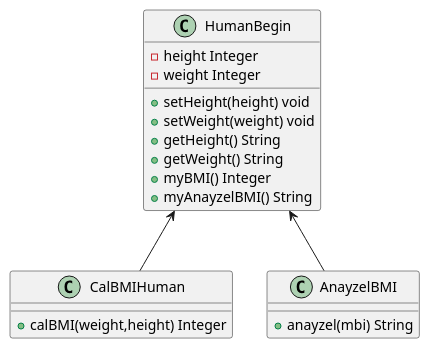
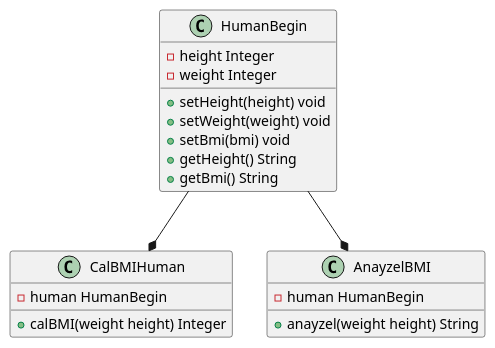
One commit to sekkarin/BMIPROGRAM changed the diagram in class.wsd. Above: the diagram before and after it, drawn with PlantUML. The commit also changed other lines of this file and 11 other files, not shown here.

```diff
--- a/class.wsd
+++ b/class.wsd
@@ -1,22 +1,22 @@
 @startuml
 class HumanBegin{
     -height Integer
     -weight Integer
     +setHeight(height) void
     +setWeight(weight) void
+    +setBmi(bmi) void
     +getHeight() String
-    +getWeight() String
-    +myBMI() Integer
-    +myAnayzelBMI() String
-
+    +getBmi() String
 }
 class CalBMIHuman  {
-    +calBMI(weight,height) Integer
+    -human HumanBegin
+    +calBMI(weight height) Integer
 }
 class AnayzelBMI  {
-    +anayzel(mbi) String
+    -human HumanBegin
+    +anayzel(weight height) String
 }
-HumanBegin <-- CalBMIHuman
-HumanBegin <-- AnayzelBMI
+HumanBegin --* CalBMIHuman
+HumanBegin --* AnayzelBMI
 
 @enduml
```
